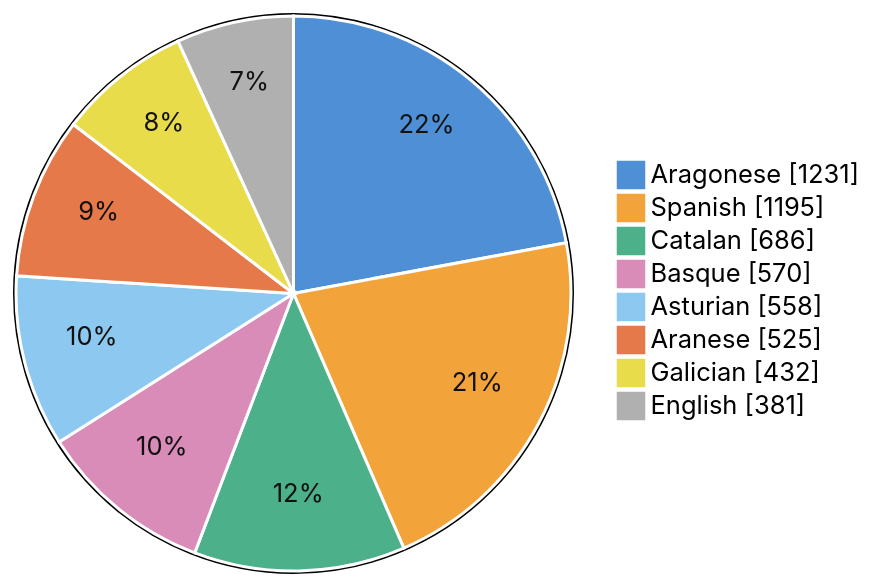
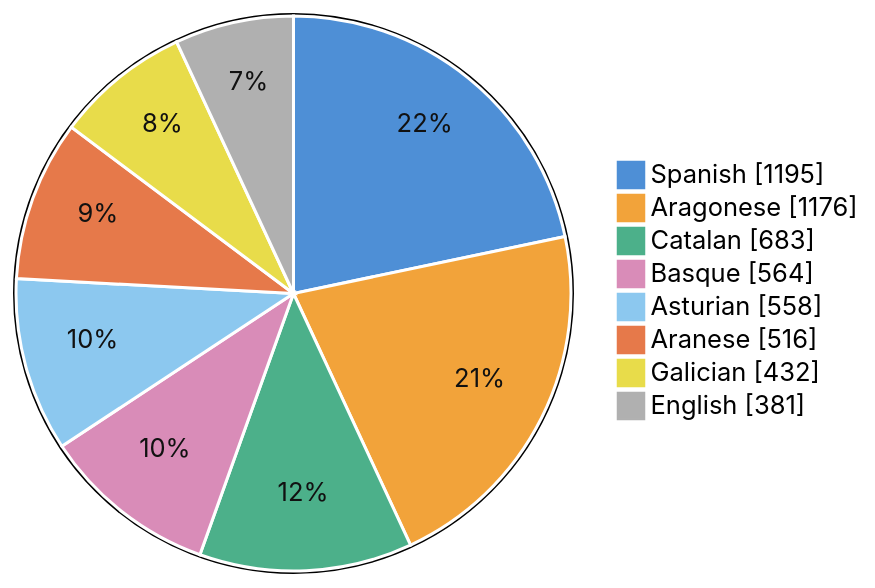
Before and after one commit to alertapublica/territorios-es: the third of 6 diagrams in docs/status.md, drawn with Mermaid. The commit also changed other lines of this file and 7 other files, not shown here.

````diff
--- a/docs/status.md
+++ b/docs/status.md
@@ -99,13 +99,13 @@
 ```mermaid
 %%{init: {"themeVariables": {"pie1": "#4e8fd6", "pie2": "#f2a33a", "pie3": "#4cb08a", "pie4": "#d98cb8", "pie5": "#8cc8ef", "pie6": "#e6794a", "pie7": "#e8dc4a", "pie8": "#b0b0b0", "pieSectionTextColor": "#111111", "pieStrokeColor": "#ffffff", "pieOpacity": "1"}}}%%
 pie showData
   accTitle: Wikidata names per language (all territories)
-  "Aragonese" : 1231
   "Spanish" : 1195
-  "Catalan" : 686
-  "Basque" : 570
+  "Aragonese" : 1176
+  "Catalan" : 683
+  "Basque" : 564
   "Asturian" : 558
-  "Aranese" : 525
+  "Aranese" : 516
   "Galician" : 432
   "English" : 381
 ```
````
